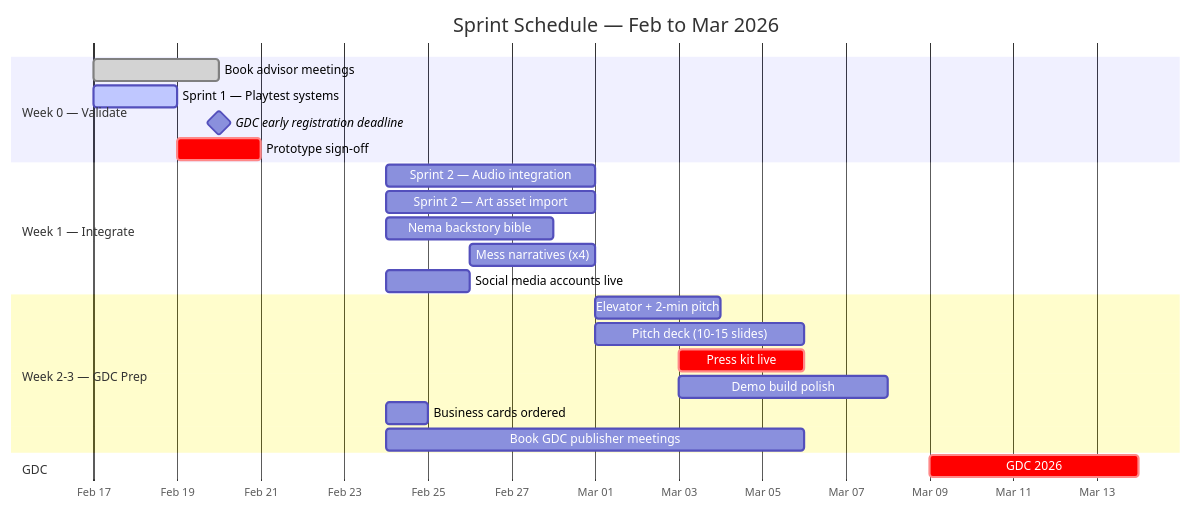
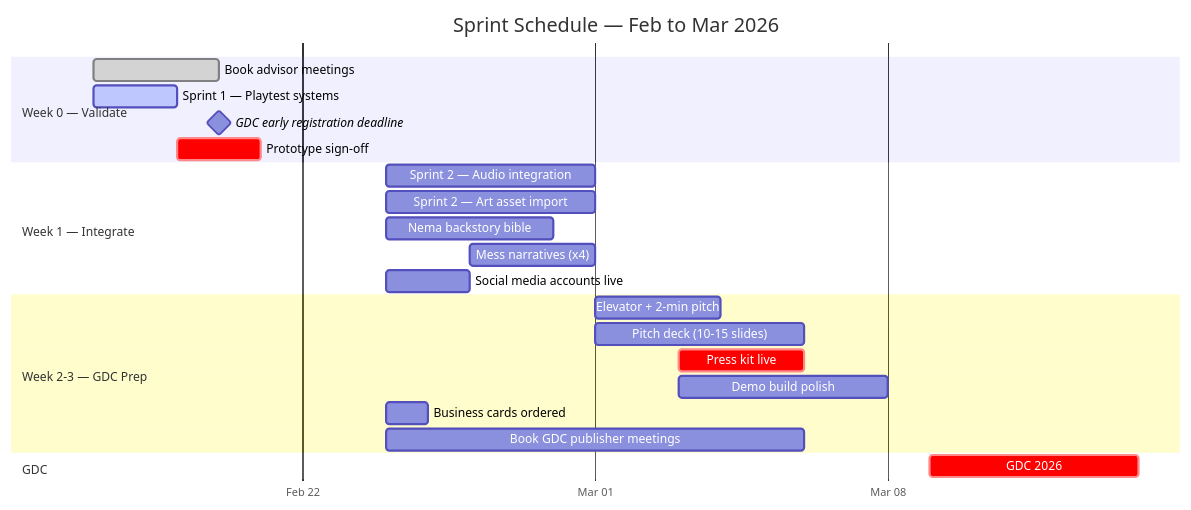
Before and after one commit to MartyChouette/iris_v3.0: the fourth of 13 diagrams in PRODUCTION_RUNWAY.md, drawn with Mermaid. The commit also changed 1 other file, not shown here.

Commit message:
fix: sprint gantt scrunched — add tickInterval 1week to space out axis labels

````diff
--- a/PRODUCTION_RUNWAY.md
+++ b/PRODUCTION_RUNWAY.md
@@ -127,30 +127,31 @@
 ```mermaid
 gantt
     title Sprint Schedule — Feb to Mar 2026
     dateFormat YYYY-MM-DD
     axisFormat %b %d
+    tickInterval 1week
 
     section Week 0 — Validate
     Book advisor meetings           :done, appt, 2026-02-17, 3d
     Sprint 1 — Playtest systems     :active, s1, 2026-02-17, 2d
     GDC early registration deadline :milestone, gdc_reg, 2026-02-20, 0d
     Prototype sign-off              :crit, signoff, 2026-02-19, 2d
 
     section Week 1 — Integrate
     Sprint 2 — Audio integration    :s2a, 2026-02-24, 5d
     Sprint 2 — Art asset import     :s2b, 2026-02-24, 5d
     Nema backstory bible            :nema, 2026-02-24, 4d
     Mess narratives (x4)            :mess, 2026-02-26, 3d
     Social media accounts live      :social, 2026-02-24, 2d
 
     section Week 2-3 — GDC Prep
     Elevator + 2-min pitch          :pitch, 2026-03-01, 3d
     Pitch deck (10-15 slides)       :deck, 2026-03-01, 5d
     Press kit live                  :crit, press, 2026-03-03, 3d
     Demo build polish               :demo, 2026-03-03, 5d
     Business cards ordered          :cards, 2026-02-24, 1d
     Book GDC publisher meetings     :meetings, 2026-02-24, 10d
 
     section GDC
     GDC 2026                        :crit, gdc, 2026-03-09, 5d
 ```
````
